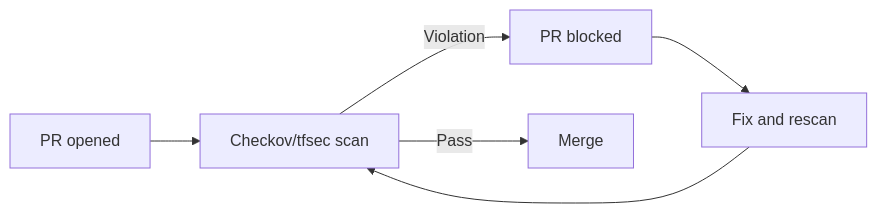
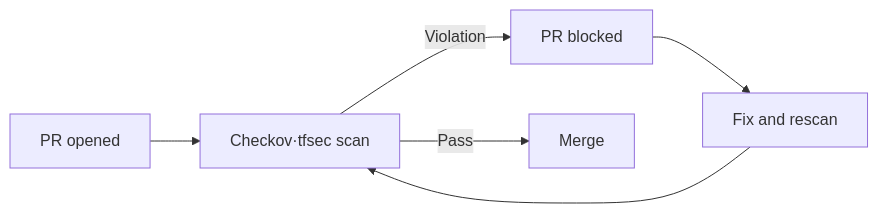
The third of 3 diagrams in src/content/docs/en/devops/devsecops.md (cloudpickr/cloudpick-docs), drawn with Mermaid before and after one commit. The commit also changed 29 other files, not shown here.

First line of the commit message:
fix: Mermaid 전수조사 — 노드 라벨 슬래시 13건 수정 (ko/en/ja)

````diff
--- a/src/content/docs/en/devops/devsecops.md
+++ b/src/content/docs/en/devops/devsecops.md
@@ -98,8 +98,8 @@
 ```mermaid
 graph LR
-    A[PR opened] --> B[Checkov/tfsec scan]
+    A[PR opened] --> B[Checkov·tfsec scan]
     B -->|Violation| C[PR blocked]
     C --> D[Fix and rescan]
     D --> B
     B -->|Pass| E[Merge]
 ```
````
